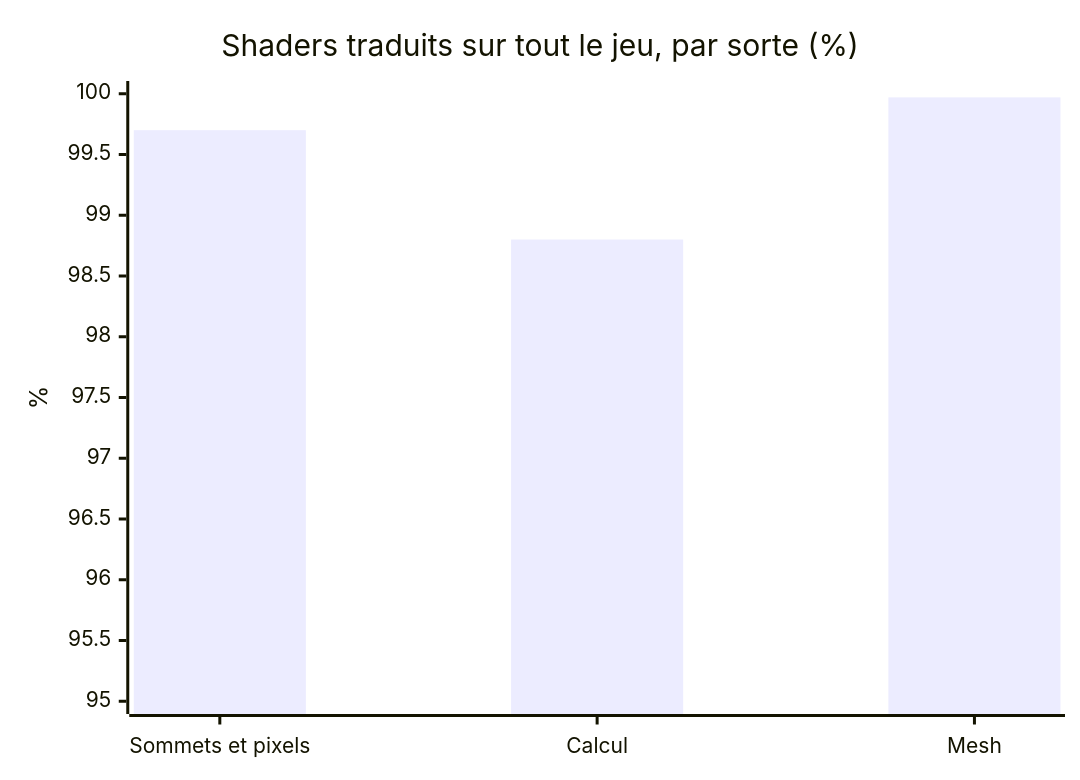
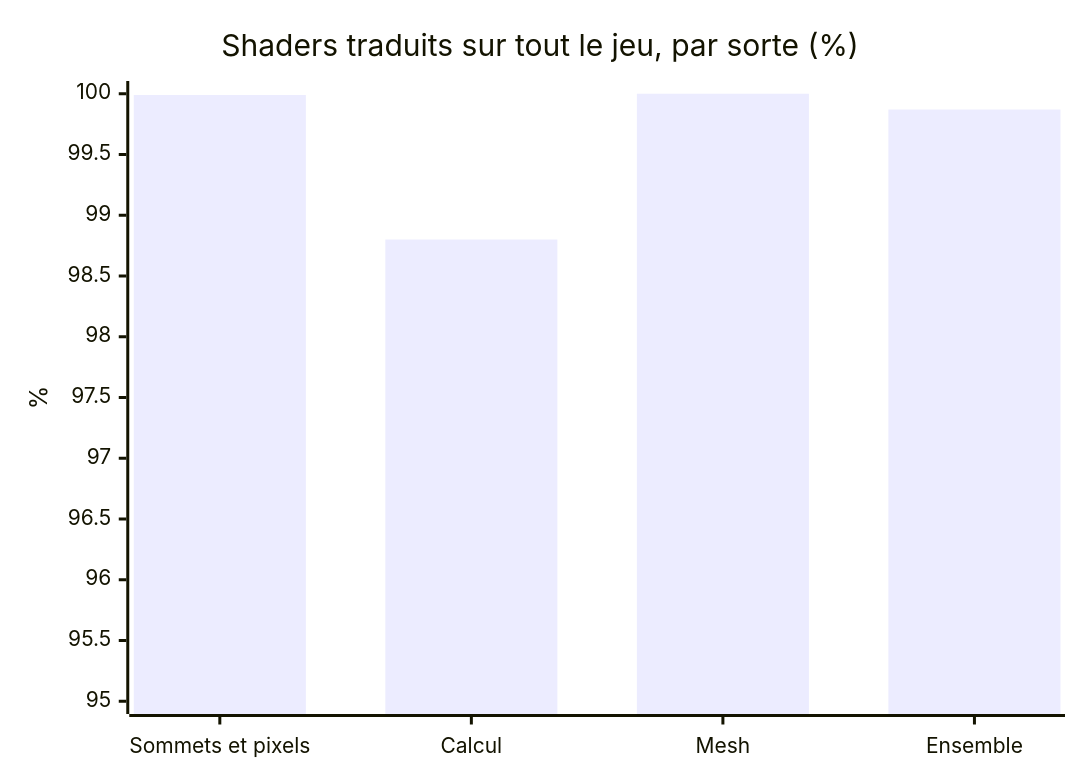
Before and after one commit to Cyanexani/cold-project-vi: the tenth of 12 diagrams in README.md, drawn with Mermaid. The commit also changed other lines of this file and 1 other file, not shown here.

Commit message:
README: shader charts in percent after the 26/11 run (99.87 %); test notes

````diff
--- a/README.md
+++ b/README.md
@@ -250,7 +252,7 @@
 ```mermaid
 xychart-beta
     title "Shaders traduits sur tout le jeu, par sorte (%)"
-    x-axis ["Sommets et pixels", "Calcul", "Mesh"]
+    x-axis ["Sommets et pixels", "Calcul", "Mesh", "Ensemble"]
     y-axis "%" 95 --> 100
-    bar [99.7, 98.8, 99.97]
+    bar [99.99, 98.8, 100, 99.87]
 ```
````
